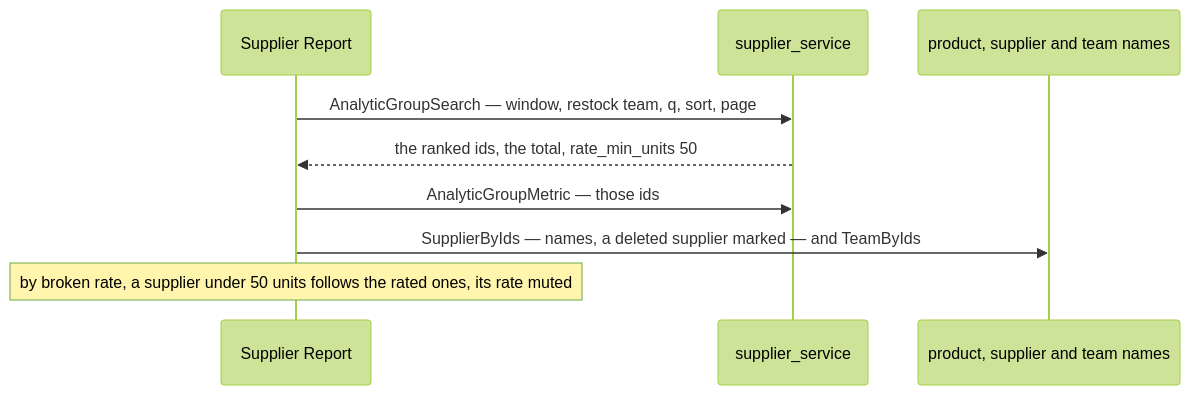
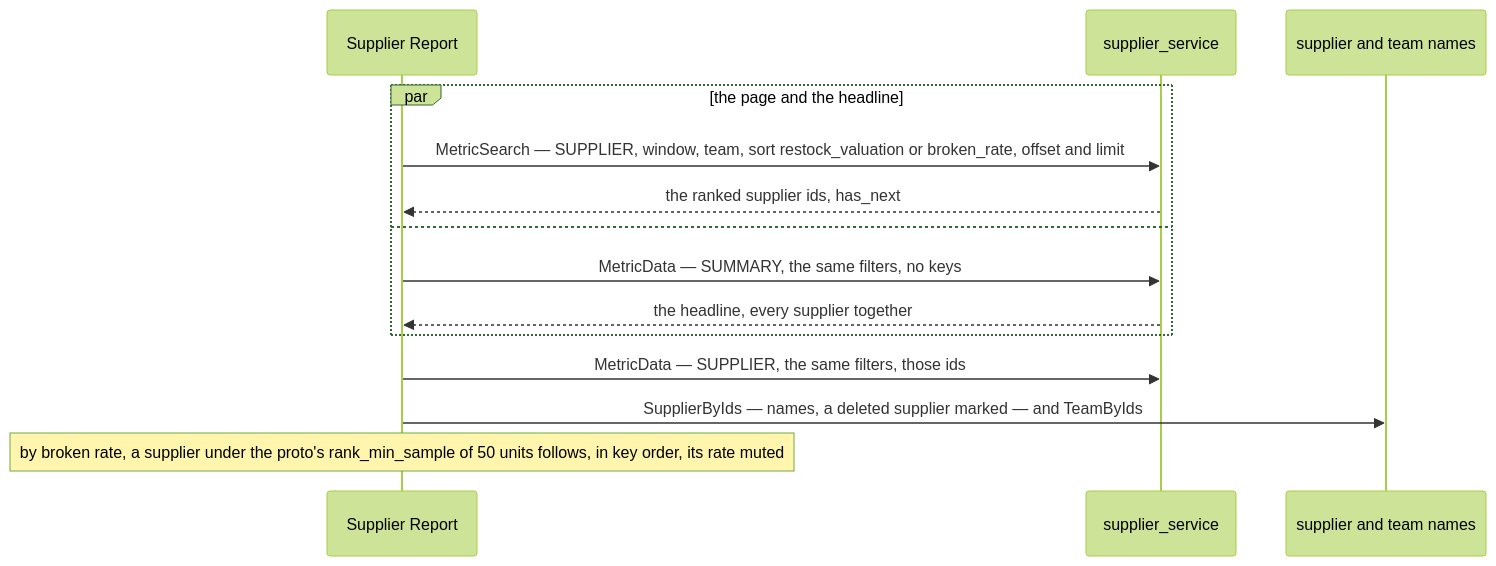
One commit to pdcgo/warehouse_revamp changed the fifth of 6 diagrams in docs/services/supplier_service/rpc.md. Above: the diagram before and after it, drawn with Mermaid (forest theme). The commit also changed other lines of this file and 346 other files, not shown here.

First line of the commit message:
feat(analytic): the graph and its Table/Graph tabs, metrics/suppliers on the contract — with the order, liability and shipment work in flight

````diff
--- a/docs/services/supplier_service/rpc.md
+++ b/docs/services/supplier_service/rpc.md
@@ -142,11 +144,16 @@
 ```mermaid
 sequenceDiagram
   participant UI as Supplier Report
   participant S as supplier_service
-  participant N as product, supplier and team names
-  UI->>S: AnalyticGroupSearch — window, restock team, q, sort, page
-  S-->>UI: the ranked ids, the total, rate_min_units 50
-  UI->>S: AnalyticGroupMetric — those ids
+  participant N as supplier and team names
+  par the page and the headline
+    UI->>S: MetricSearch — SUPPLIER, window, team, sort restock_valuation or broken_rate, offset and limit
+    S-->>UI: the ranked supplier ids, has_next
+  and
+    UI->>S: MetricData — SUMMARY, the same filters, no keys
+    S-->>UI: the headline, every supplier together
+  end
+  UI->>S: MetricData — SUPPLIER, the same filters, those ids
   UI->>N: SupplierByIds — names, a deleted supplier marked — and TeamByIds
-  Note over UI: by broken rate, a supplier under 50 units follows the rated ones, its rate muted
+  Note over UI: by broken rate, a supplier under the proto's rank_min_sample of 50 units follows, in key order, its rate muted
 ```
````
